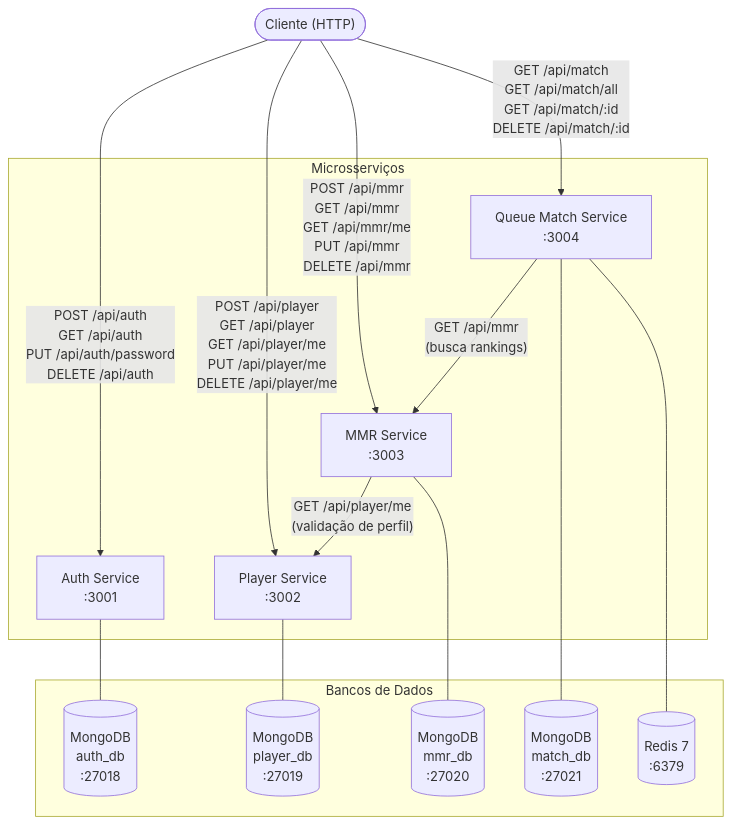
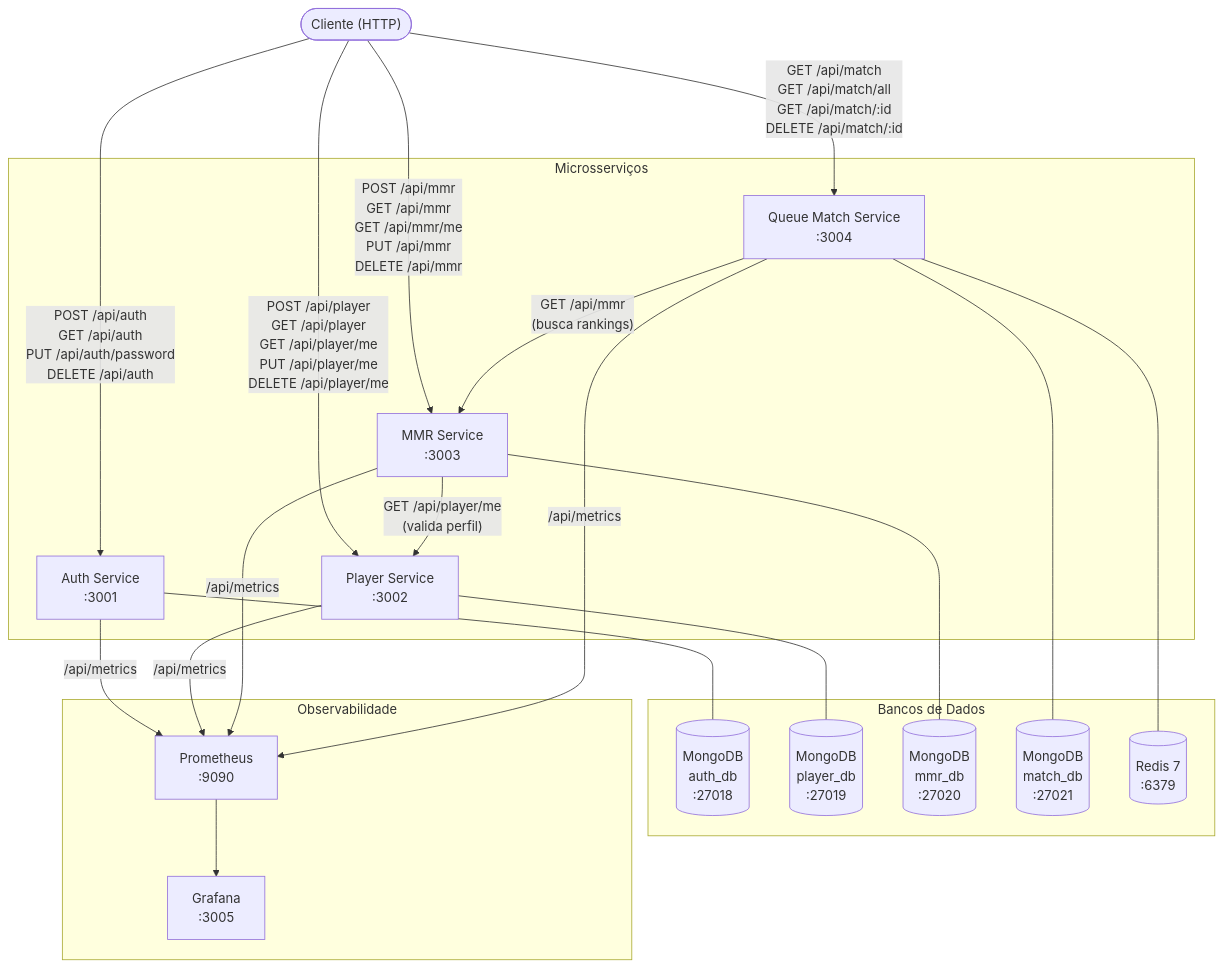
The first of 3 diagrams in README.md (DiegoHenriqueMelo/valorant-mmr-system), drawn with Mermaid before and after one commit. The commit also changed other lines of this file, not shown here.

````diff
--- a/README.md
+++ b/README.md
@@ -11,33 +59,41 @@
 ```mermaid
 graph TB
     Client(["Cliente (HTTP)"])
 
     subgraph Services["Microsserviços"]
         Auth["Auth Service\n:3001"]
         Player["Player Service\n:3002"]
         MMR["MMR Service\n:3003"]
         Queue["Queue Match Service\n:3004"]
     end
 
     subgraph Databases["Bancos de Dados"]
         MongoAuth[("MongoDB\nauth_db\n:27018")]
         MongoPlayer[("MongoDB\nplayer_db\n:27019")]
         MongoMMR[("MongoDB\nmmr_db\n:27020")]
         MongoMatch[("MongoDB\nmatch_db\n:27021")]
         Redis[("Redis 7\n:6379")]
     end
 
+    subgraph Observability["Observabilidade"]
+        Prometheus["Prometheus\n:9090"]
+        Grafana["Grafana\n:3005"]
+    end
+
     Client -->|"POST /api/auth\nGET /api/auth\nPUT /api/auth/password\nDELETE /api/auth"| Auth
     Client -->|"POST /api/player\nGET /api/player\nGET /api/player/me\nPUT /api/player/me\nDELETE /api/player/me"| Player
     Client -->|"POST /api/mmr\nGET /api/mmr\nGET /api/mmr/me\nPUT /api/mmr\nDELETE /api/mmr"| MMR
     Client -->|"GET /api/match\nGET /api/match/all\nGET /api/match/:id\nDELETE /api/match/:id"| Queue
 
     Auth --- MongoAuth
     Player --- MongoPlayer
     MMR --- MongoMMR
     Queue --- MongoMatch
     Queue --- Redis
 
-    MMR -->|"GET /api/player/me\n(validação de perfil)"| Player
+    MMR -->|"GET /api/player/me\n(valida perfil)"| Player
     Queue -->|"GET /api/mmr\n(busca rankings)"| MMR
+
+    Auth & Player & MMR & Queue -->|"/api/metrics"| Prometheus
+    Prometheus --> Grafana
 ```
````
